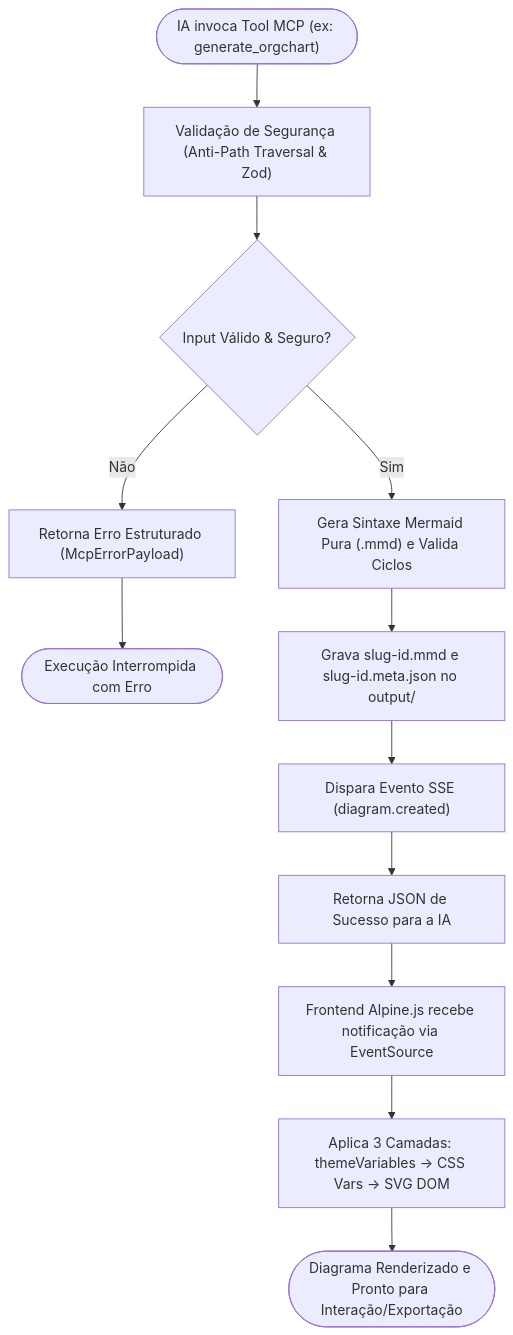
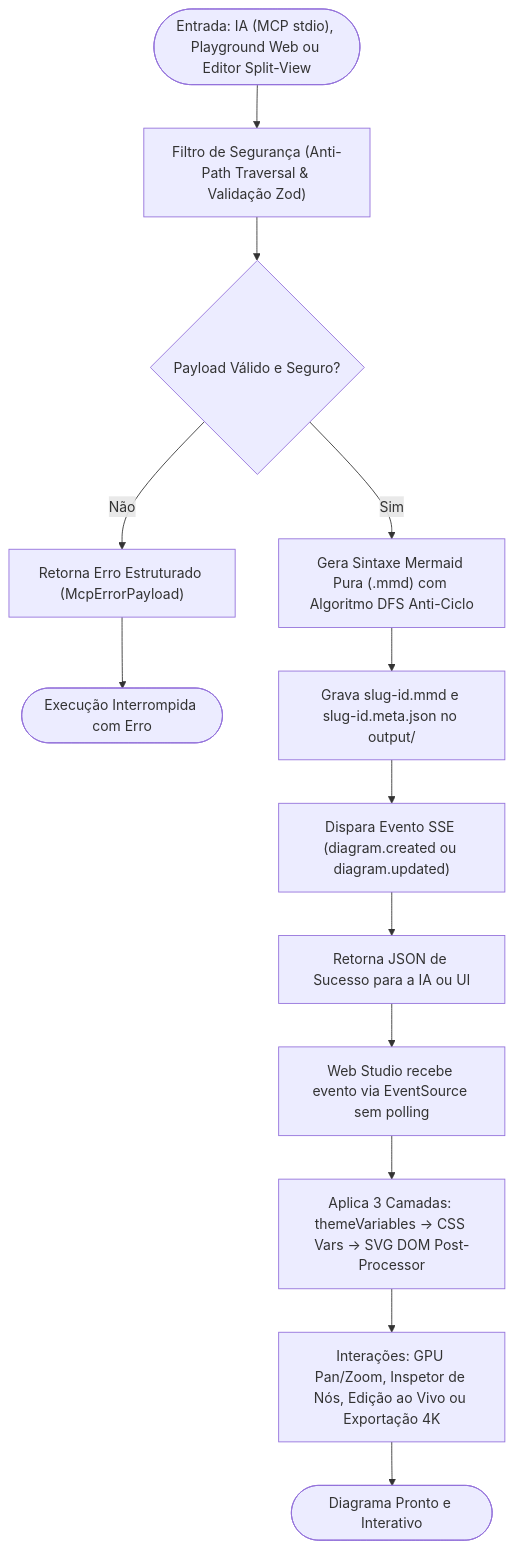
The diagram in output/self-doc-flowchart.mmd (70gurupia/archview), drawn with Mermaid before and after one commit. The commit also changed 10 other files, not shown here.

Commit message:
docs(diagrams): regenerate visual architecture diagrams with v2.0 features and v3.0 roadmap

```diff
--- a/output/self-doc-flowchart.mmd
+++ b/output/self-doc-flowchart.mmd
@@ -1,24 +1,26 @@
 flowchart TB
-  req_in(["IA invoca Tool MCP (ex: generate_orgchart)"])
-  sec_check["Validação de Segurança (Anti-Path Traversal & Zod)"]
-  valid_eval{"Input Válido & Seguro?"}
-  err_resp["Retorna Erro Estruturado (McpErrorPayload)"]
-  end_fail(["Execução Interrompida com Erro"])
-  build_syntax["Gera Sintaxe Mermaid Pura (.mmd) e Valida Ciclos"]
-  save_disk["Grava slug-id.mmd e slug-id.meta.json no output/"]
-  sse_broadcast["Dispara Evento SSE (diagram.created)"]
-  resp_mcp["Retorna JSON de Sucesso para a IA"]
-  fe_receive["Frontend Alpine.js recebe notificação via EventSource"]
-  render_layers["Aplica 3 Camadas: themeVariables -> CSS Vars -> SVG DOM"]
-  end_success(["Diagrama Renderizado e Pronto para Interação/Exportação"])
-  req_in --> sec_check
-  sec_check --> valid_eval
-  valid_eval -- "Sim" --> build_syntax
-  valid_eval -- "Não" --> err_resp
-  err_resp --> end_fail
-  build_syntax --> save_disk
-  save_disk --> sse_broadcast
-  sse_broadcast --> resp_mcp
-  resp_mcp --> fe_receive
-  fe_receive --> render_layers
-  render_layers --> end_success
+  input_source(["Entrada: IA (MCP stdio), Playground Web ou Editor Split-View"])
+  sec_filter["Filtro de Segurança (Anti-Path Traversal & Validação Zod)"]
+  valid_gate{"Payload Válido e Seguro?"}
+  error_block["Retorna Erro Estruturado (McpErrorPayload)"]
+  end_error(["Execução Interrompida com Erro"])
+  build_mermaid["Gera Sintaxe Mermaid Pura (.mmd) com Algoritmo DFS Anti-Ciclo"]
+  write_meta["Grava slug-id.mmd e slug-id.meta.json no output/"]
+  sse_emit["Dispara Evento SSE (diagram.created ou diagram.updated)"]
+  resp_client["Retorna JSON de Sucesso para a IA ou UI"]
+  fe_catch["Web Studio recebe evento via EventSource sem polling"]
+  apply_themes["Aplica 3 Camadas: themeVariables -> CSS Vars -> SVG DOM Post-Processor"]
+  user_actions["Interações: GPU Pan/Zoom, Inspetor de Nós, Edição ao Vivo ou Exportação 4K"]
+  end_done(["Diagrama Pronto e Interativo"])
+  input_source --> sec_filter
+  sec_filter --> valid_gate
+  valid_gate -- "Sim" --> build_mermaid
+  valid_gate -- "Não" --> error_block
+  error_block --> end_error
+  build_mermaid --> write_meta
+  write_meta --> sse_emit
+  sse_emit --> resp_client
+  resp_client --> fe_catch
+  fe_catch --> apply_themes
+  apply_themes --> user_actions
+  user_actions --> end_done
```
